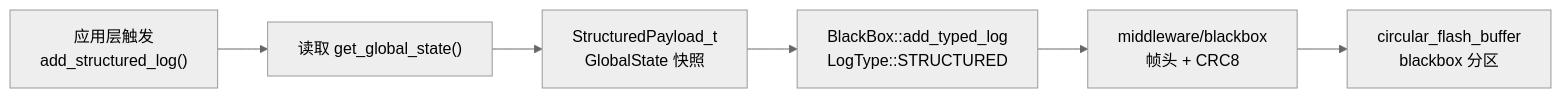
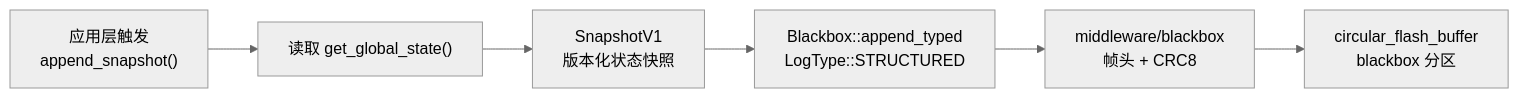
The first of 2 diagrams in components/app/blackbox_structured/README.md (qingmeijiupiao/Wireless_power_meter_lite), drawn with Mermaid (neutral theme) before and after one commit. The commit also changed other lines of this file and 26 other files, not shown here.

````diff
--- a/components/app/blackbox_structured/README.md
+++ b/components/app/blackbox_structured/README.md
@@ -13,8 +14,8 @@
 ```mermaid
 flowchart LR
-    App["应用层触发<br/>add_structured_log()"] --> Sample["读取 get_global_state()"]
-    Sample --> Payload["StructuredPayload_t<br/>GlobalState 快照"]
-    Payload --> Raw["BlackBox::add_typed_log<br/>LogType::STRUCTURED"]
+    App["应用层触发<br/>append_snapshot()"] --> Sample["读取 get_global_state()"]
+    Sample --> Payload["SnapshotV1<br/>版本化状态快照"]
+    Payload --> Raw["Blackbox::append_typed<br/>LogType::STRUCTURED"]
     Raw --> Middleware["middleware/blackbox<br/>帧头 + CRC8"]
     Middleware --> Flash["circular_flash_buffer<br/>blackbox 分区"]
 ```
````
